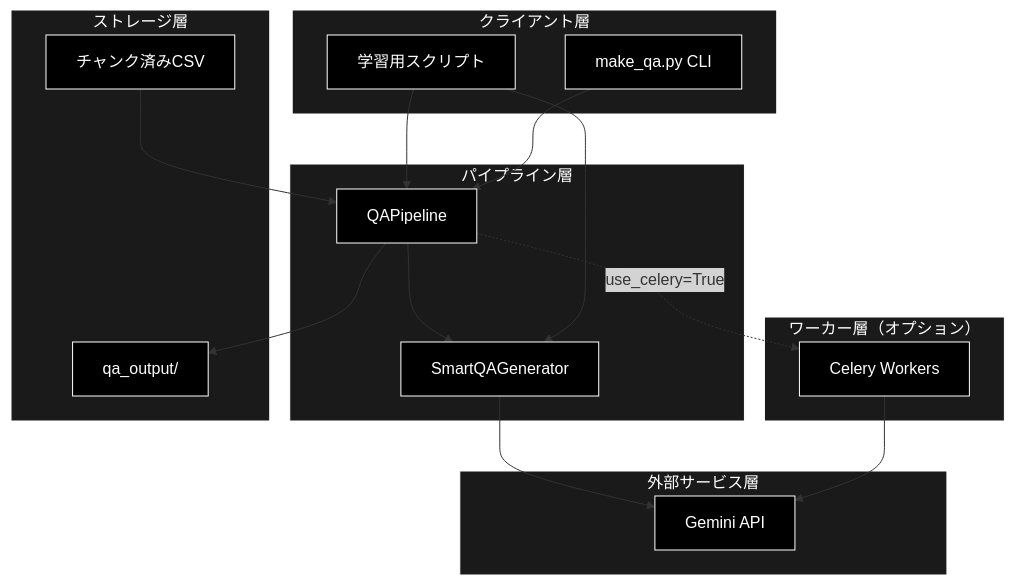
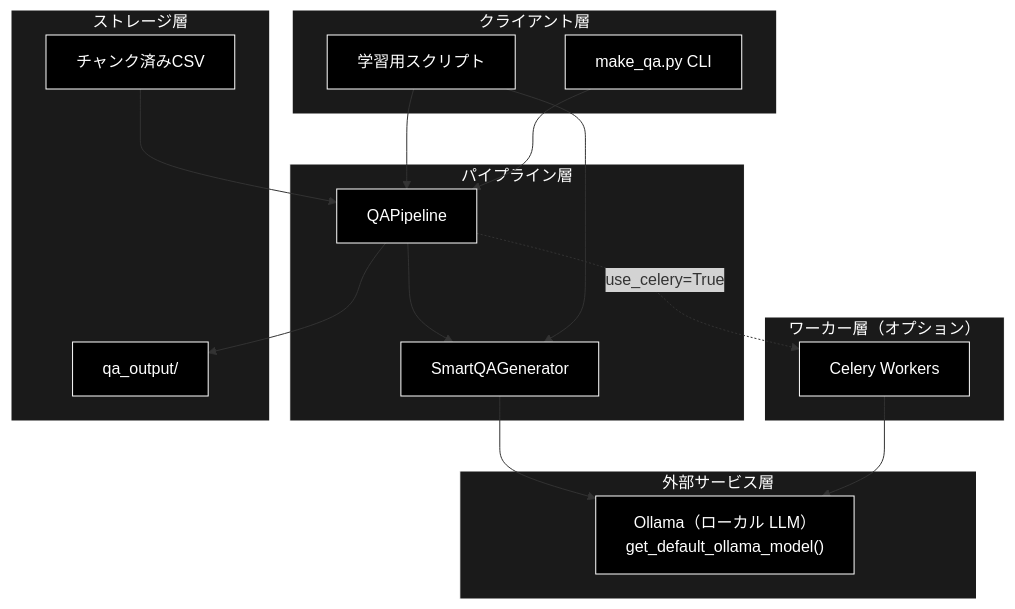
Before and after one commit to nakashima2toshio/grace_v2_local: the first of 8 diagrams in qa_qdrant/docs/make_qa_qapipeline.md, drawn with Mermaid. The commit also changed other lines of this file and 12 other files, not shown here.

````diff
--- a/qa_qdrant/docs/make_qa_qapipeline.md
+++ b/qa_qdrant/docs/make_qa_qapipeline.md
@@ -64,43 +74,43 @@
 ```mermaid
 flowchart TB
     subgraph CLIENT["クライアント層"]
         CLI[make_qa.py CLI]
         SCRIPT[学習用スクリプト]
     end
 
     subgraph PIPELINE["パイプライン層"]
         QA_PIPE[QAPipeline]
         SMART_GEN[SmartQAGenerator]
     end
 
     subgraph WORKER["ワーカー層（オプション）"]
         CELERY[Celery Workers]
     end
 
     subgraph EXTERNAL["外部サービス層"]
-        GEMINI[Gemini API]
+        LLMAPI["Ollama（ローカル LLM）<br>get_default_ollama_model()"]
     end
 
     subgraph STORAGE["ストレージ層"]
         INPUT[チャンク済みCSV]
         OUTPUT[qa_output/]
     end
 
     CLI --> QA_PIPE
     SCRIPT --> QA_PIPE
     SCRIPT --> SMART_GEN
     QA_PIPE --> SMART_GEN
     QA_PIPE -.->|use_celery=True| CELERY
-    CELERY --> GEMINI
-    SMART_GEN --> GEMINI
+    CELERY --> LLMAPI
+    SMART_GEN --> LLMAPI
     INPUT --> QA_PIPE
     QA_PIPE --> OUTPUT
 classDef default fill:#000,stroke:#fff,color:#fff
 classDef subgraphStyle fill:#1a1a1a,stroke:#fff,color:#fff
-class CLI,SCRIPT,QA_PIPE,SMART_GEN,CELERY,GEMINI,INPUT,OUTPUT default
+class CLI,SCRIPT,QA_PIPE,SMART_GEN,CELERY,LLMAPI,INPUT,OUTPUT default
 style CLIENT fill:#1a1a1a,stroke:#fff,color:#fff
 style PIPELINE fill:#1a1a1a,stroke:#fff,color:#fff
 style WORKER fill:#1a1a1a,stroke:#fff,color:#fff
 style EXTERNAL fill:#1a1a1a,stroke:#fff,color:#fff
 style STORAGE fill:#1a1a1a,stroke:#fff,color:#fff
 ```
````
